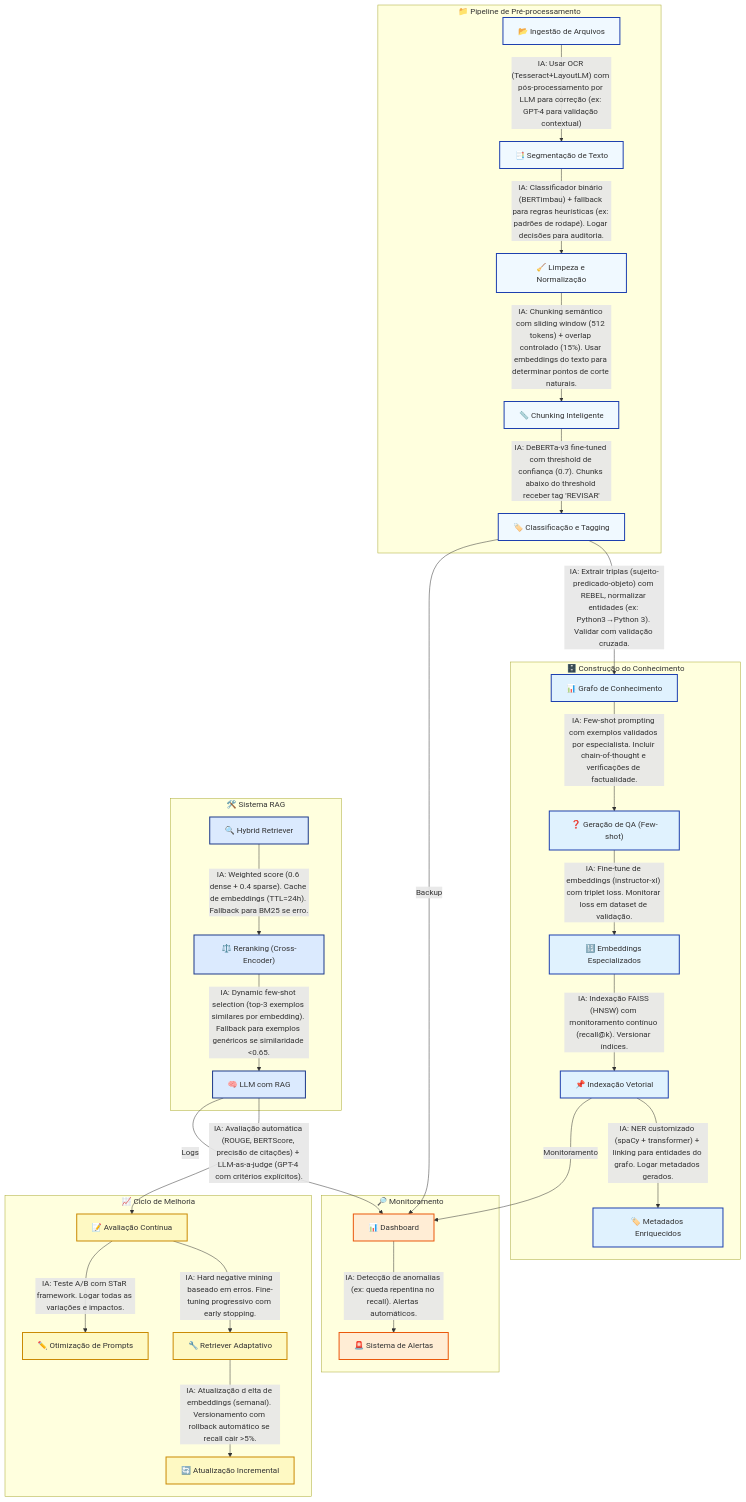
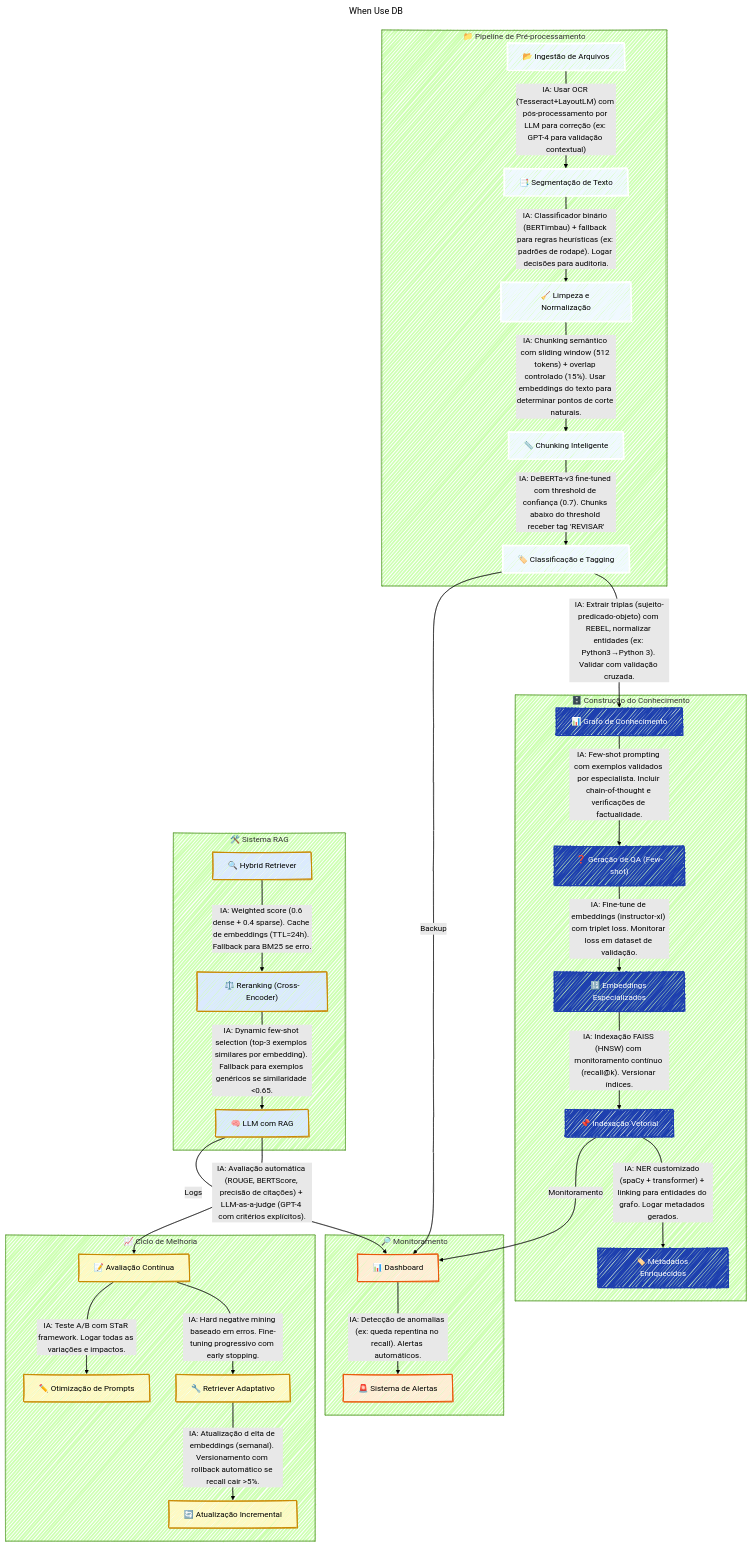
The diagram in docs/fluxo.mmd (jezer/n8n_python_workflow), drawn with Mermaid before and after one commit. The commit also changed 127 other files, not shown here.

```diff
--- a/docs/fluxo.mmd
+++ b/docs/fluxo.mmd
@@ -1,61 +1,75 @@
+---
+title: When Use DB
+config:
+  layout: dagre
+  dagre:
+    mergeEdges: true
+    nodePlacementStrategy: BRANDES_KOEPF
+  look: handDrawn
+  theme: forest
+---
+%%  nodePlacementStrategy:  SIMPLE, NETWORK_SIMPLEX, LINEAR_SEGMENTS, BRANDES_KOEPF
+
+
+
 graph TD
-    subgraph "📁 Pipeline de Pré-processamento"
+    subgraph preprocess["📁 Pipeline de Pré-processamento"]
         A["📂 Ingestão de Arquivos"] -->|"IA: Usar OCR (Tesseract+LayoutLM) com pós-processamento por LLM para correção (ex: GPT-4 para validação contextual)"| B["📑 Segmentação de Texto"]
         
         B -->|"IA: Classificador binário (BERTimbau) + fallback para regras heurísticas (ex: padrões de rodapé). Logar decisões para auditoria."| C["🧹 Limpeza e Normalização"]
         
         C -->|"IA: Chunking semântico com sliding window (512 tokens) + overlap controlado (15%). Usar embeddings do texto para determinar pontos de corte naturais."| D["📏 Chunking Inteligente"]
         
         D -->|"IA: DeBERTa-v3 fine-tuned com threshold de confiança (0.7). Chunks abaixo do threshold receber tag 'REVISAR'"| E["🏷️ Classificação e Tagging"]
     end
 
-    subgraph "🗄️ Construção do Conhecimento"
+    subgraph knowledge["🗄️ Construção do Conhecimento"]
         E -->|"IA: Extrair triplas (sujeito-predicado-objeto) com REBEL, normalizar entidades (ex: Python3→Python 3). Validar com validação cruzada."| F["📊 Grafo de Conhecimento"]
         
         F -->|"IA: Few-shot prompting com exemplos validados por especialista. Incluir chain-of-thought e verificações de factualidade."| G["❓ Geração de QA (Few-shot)"]
         
         G -->|"IA: Fine-tune de embeddings (instructor-xl) com triplet loss. Monitorar loss em dataset de validação."| H["🔢 Embeddings Especializados"]
         
         H -->|"IA: Indexação FAISS (HNSW) com monitoramento contínuo (recall@k). Versionar índices."| I["📌 Indexação Vetorial"]
         
         I -->|"IA: NER customizado (spaCy + transformer) + linking para entidades do grafo. Logar metadados gerados."| J["🏷️ Metadados Enriquecidos"]
     end
 
-    subgraph "🛠️ Sistema RAG"
+    subgraph rag["🛠️ Sistema RAG"]
         K["🔍 Hybrid Retriever"] -->|"IA: Weighted score (0.6 dense + 0.4 sparse). Cache de embeddings (TTL=24h). Fallback para BM25 se erro."| L["⚖️ Reranking (Cross-Encoder)"]
         
         L -->|"IA: Dynamic few-shot selection (top-3 exemplos similares por embedding). Fallback para exemplos genéricos se similaridade <0.65."| M["🧠 LLM com RAG"]
     end
 
-    subgraph "📈 Ciclo de Melhoria"
+    subgraph eval["📈 Ciclo de Melhoria"]
         M -->|"IA: Avaliação automática (ROUGE, BERTScore, precisão de citações) + LLM-as-a-judge (GPT-4 com critérios explícitos)."| N["📝 Avaliação Contínua"]
         
         N -->|"IA: Hard negative mining baseado em erros. Fine-tuning progressivo com early stopping."| O["🔧 Retriever Adaptativo"]
         
         O -->|"IA: Atualização d elta de embeddings (semanal). Versionamento com rollback automático se recall cair >5%."| P["🔄 Atualização Incremental"]
         
         N -->|"IA: Teste A/B com STaR framework. Logar todas as variações e impactos."| Q["✏️ Otimização de Prompts"]
     end
 
     %% Novos Módulos Adicionados
-    subgraph "🔎 Monitoramento"
+    subgraph monit["🔎 Monitoramento"]
         R["📊 Dashboard"] -->|"IA: Detecção de anomalias (ex: queda repentina no recall). Alertas automáticos."| S["🚨 Sistema de Alertas"]
     end
 
     %% Conexões Adicionais
     E -->|Backup| R
     I -->|Monitoramento| R
-    M -->|Logs| R
-
+    M -->|Logs| R 
+    
     %% Estilização
-    classDef preprocess fill:#f0f9ff,stroke:#1e40af,stroke-width:2px;
-    classDef knowledge fill:#e0f2fe,stroke:#1e40af,stroke-width:2px;
-    classDef rag fill:#dbeafe,stroke:#1e3a8a,stroke-width:2px;
+    classDef preprocess fill:#f0f9ff,stroke:#fff,stroke-width:3px;
+    classDef knowledge fill:#e0,stroke:#1e40af,stroke-width:2px,color:#fff;
+    classDef rag fill:#dbeafe,stroke:#ca8a04,stroke-width:2px;
     classDef eval fill:#fef9c3,stroke:#ca8a04,stroke-width:2px;
-    classDef monitor fill:#ffedd5,stroke:#ea580c,stroke-width:2px;
+    classDef monit fill:#ffedd5,stroke:#ea580c,stroke-width:2px;
 
     class A,B,C,D,E preprocess;
     class F,G,H,I,J knowledge;
     class K,L,M rag;
     class N,O,P,Q eval;
-    class R,S monitor;
+    class R,S monit;
```
